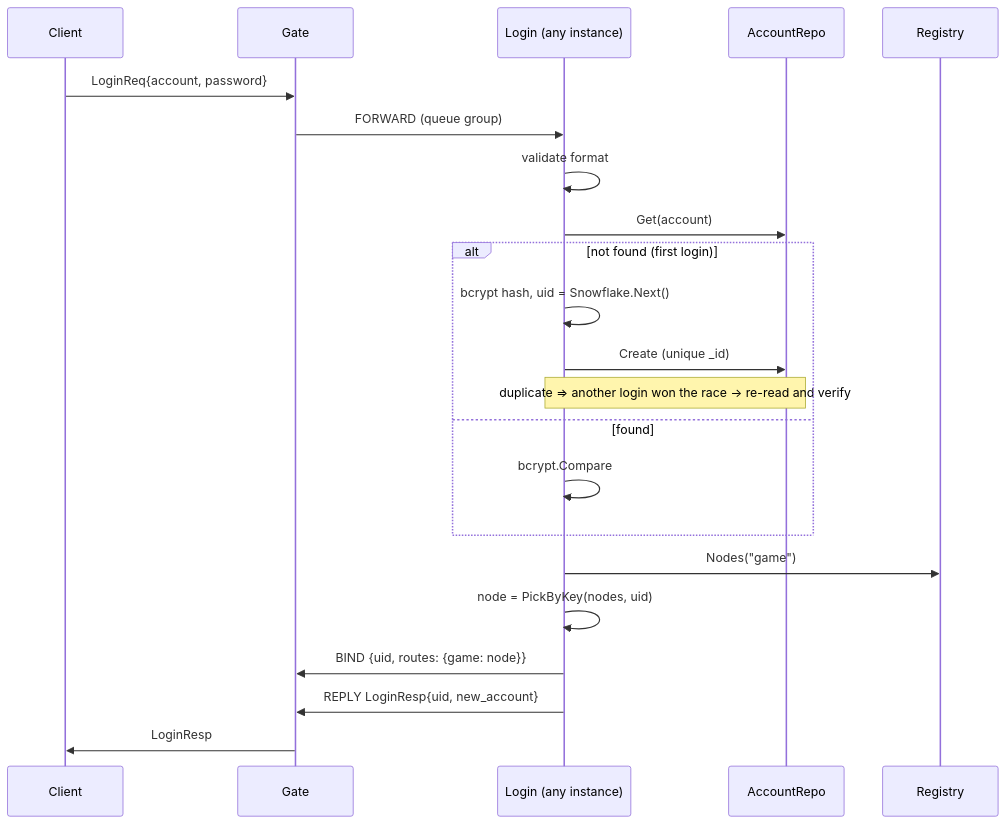
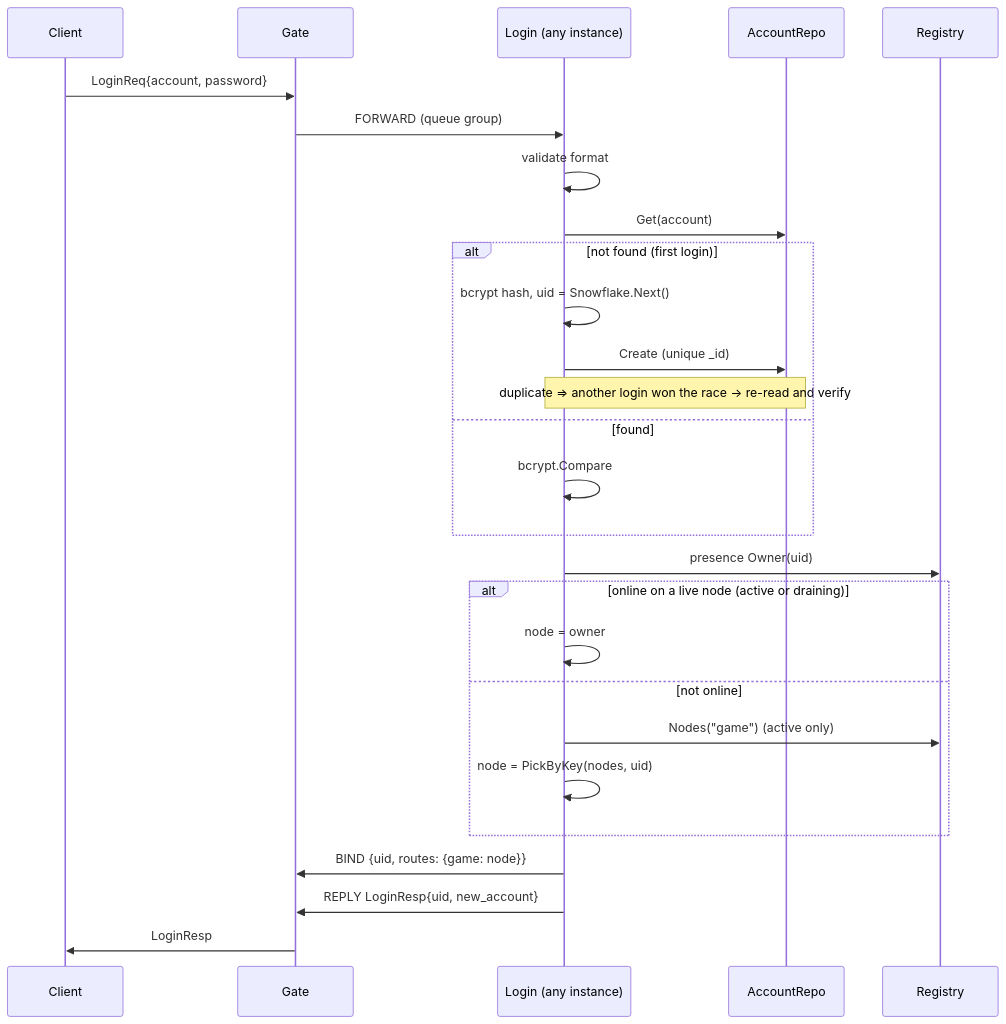
Before and after one commit to zhanghanqing/Golang-Game-Server: the diagram in game/loginsvc/README.md, drawn with Mermaid. The commit also changed other lines of this file and 79 other files, not shown here.

````diff
--- a/game/loginsvc/README.md
+++ b/game/loginsvc/README.md
@@ -11,24 +11,29 @@
 ```mermaid
 sequenceDiagram
     participant C as Client
     participant G as Gate
     participant L as Login (any instance)
     participant DB as AccountRepo
     participant R as Registry
     C->>G: LoginReq{account, password}
     G->>L: FORWARD (queue group)
     L->>L: validate format
     L->>DB: Get(account)
     alt not found (first login)
         L->>L: bcrypt hash, uid = Snowflake.Next()
         L->>DB: Create (unique _id)
         Note over L,DB: duplicate ⇒ another login won the race → re-read and verify
     else found
         L->>L: bcrypt.Compare
     end
-    L->>R: Nodes("game")
-    L->>L: node = PickByKey(nodes, uid)
+    L->>R: presence Owner(uid)
+    alt online on a live node (active or draining)
+        L->>L: node = owner
+    else not online
+        L->>R: Nodes("game")  (active only)
+        L->>L: node = PickByKey(nodes, uid)
+    end
     L->>G: BIND {uid, routes: {game: node}}
     L->>G: REPLY LoginResp{uid, new_account}
     G->>C: LoginResp
 ```
````
